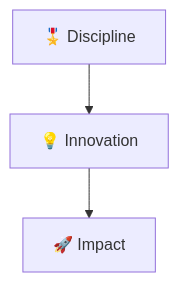
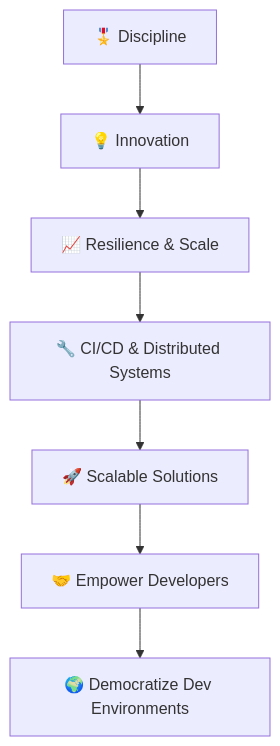
The first of 3 diagrams in docs/index.md (BrandenStudentDev/my-life-as-a-dev), drawn with Mermaid before and after one commit. The commit also changed other lines of this file, not shown here.

Commit message:
added more emoji nodes

````diff
--- a/docs/index.md
+++ b/docs/index.md
@@ -14,5 +16,9 @@
 ```mermaid
-   flowchart TB
-     P["🎖️ Discipline"] --> I["💡 Innovation"]
-     I --> M["🚀 Impact"]
+flowchart TB
+  A["🎖️ Discipline"] --> B["💡 Innovation"]
+  B --> C["📈 Resilience & Scale"]
+  C --> D["🔧 CI/CD & Distributed Systems"]
+  D --> E["🚀 Scalable Solutions"]
+  E --> F["🤝 Empower Developers"]
+  F --> G["🌍 Democratize Dev Environments"]
 ```
````
